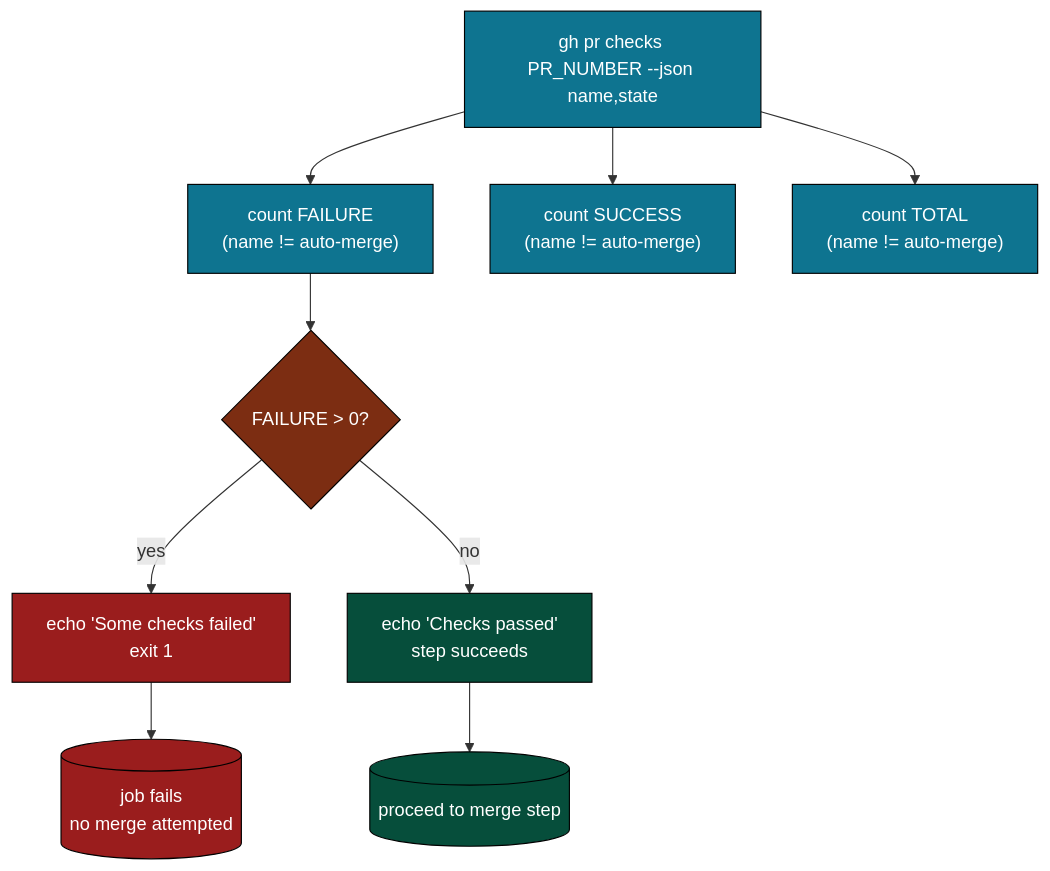
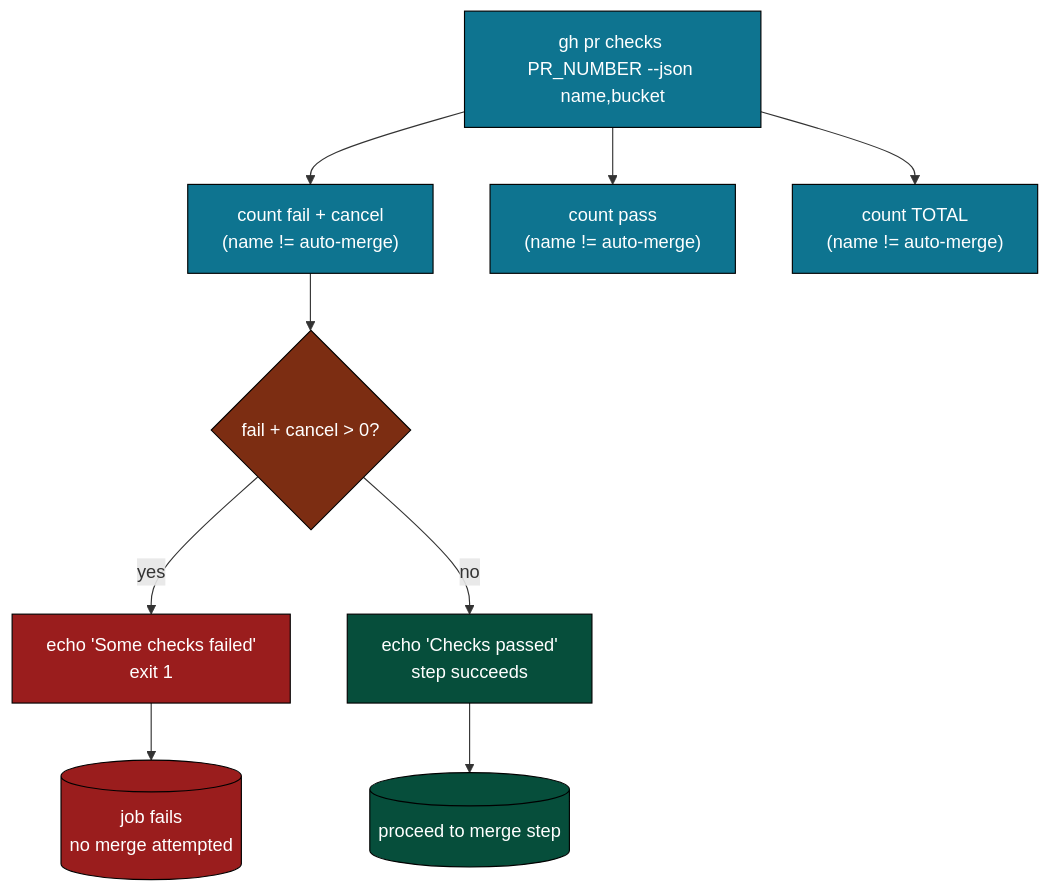
The seventh of 13 diagrams in .github/docs/AUTO_MERGE_MAIN_PR_DEEP_DIVE.md (llm-exe/llm-exe), drawn with Mermaid before and after one commit. The commit also changed other lines of this file and 2 other files, not shown here.

First line of the commit message:
ci(auto-merge): wait for queued checks and fail closed on timeout

````diff
--- a/.github/docs/AUTO_MERGE_MAIN_PR_DEEP_DIVE.md
+++ b/.github/docs/AUTO_MERGE_MAIN_PR_DEEP_DIVE.md
@@ -312,19 +313,19 @@
 ```mermaid
 flowchart TB
     classDef read fill:#0e7490,color:#fff,stroke:#000
     classDef cond fill:#7c2d12,color:#fff,stroke:#000
     classDef pass fill:#064e3b,color:#fff,stroke:#000
     classDef fail fill:#9a1d1d,color:#fff,stroke:#000
 
-    A["gh pr checks PR_NUMBER --json name,state"]:::read
-    A --> B["count FAILURE\n(name != auto-merge)"]:::read
-    A --> C["count SUCCESS\n(name != auto-merge)"]:::read
+    A["gh pr checks PR_NUMBER --json name,bucket"]:::read
+    A --> B["count fail + cancel\n(name != auto-merge)"]:::read
+    A --> C["count pass\n(name != auto-merge)"]:::read
     A --> D["count TOTAL\n(name != auto-merge)"]:::read
 
-    B --> E{FAILURE &gt; 0?}:::cond
+    B --> E{fail + cancel &gt; 0?}:::cond
     E -->|yes| F["echo 'Some checks failed'\nexit 1"]:::fail
     E -->|no| G["echo 'Checks passed'\nstep succeeds"]:::pass
 
     F --> H[("job fails\nno merge attempted")]:::fail
     G --> I[("proceed to merge step")]:::pass
 ```
````
